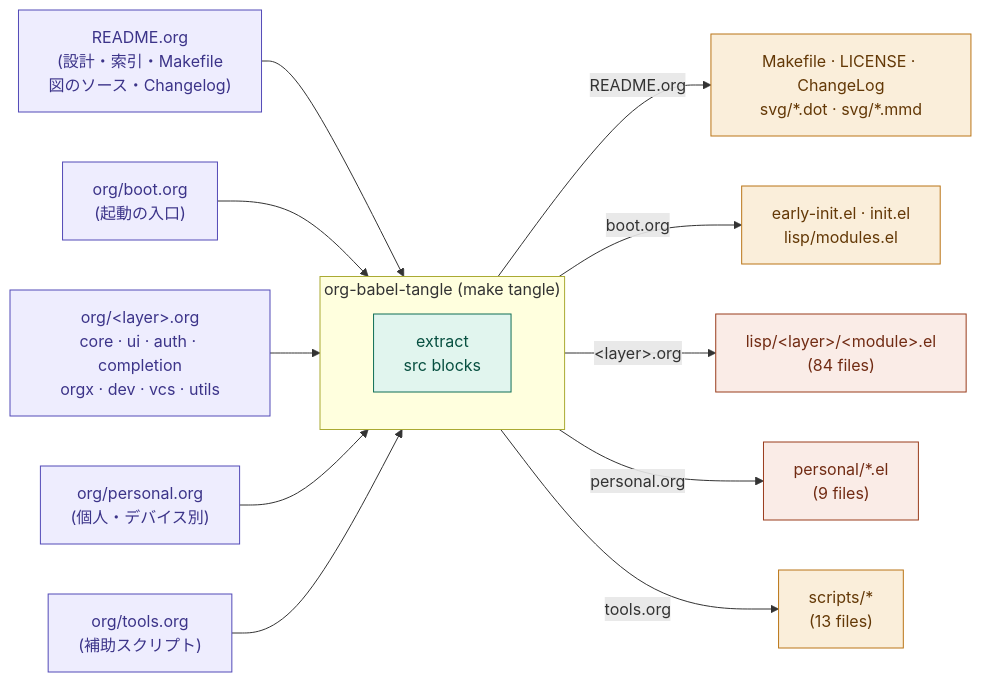
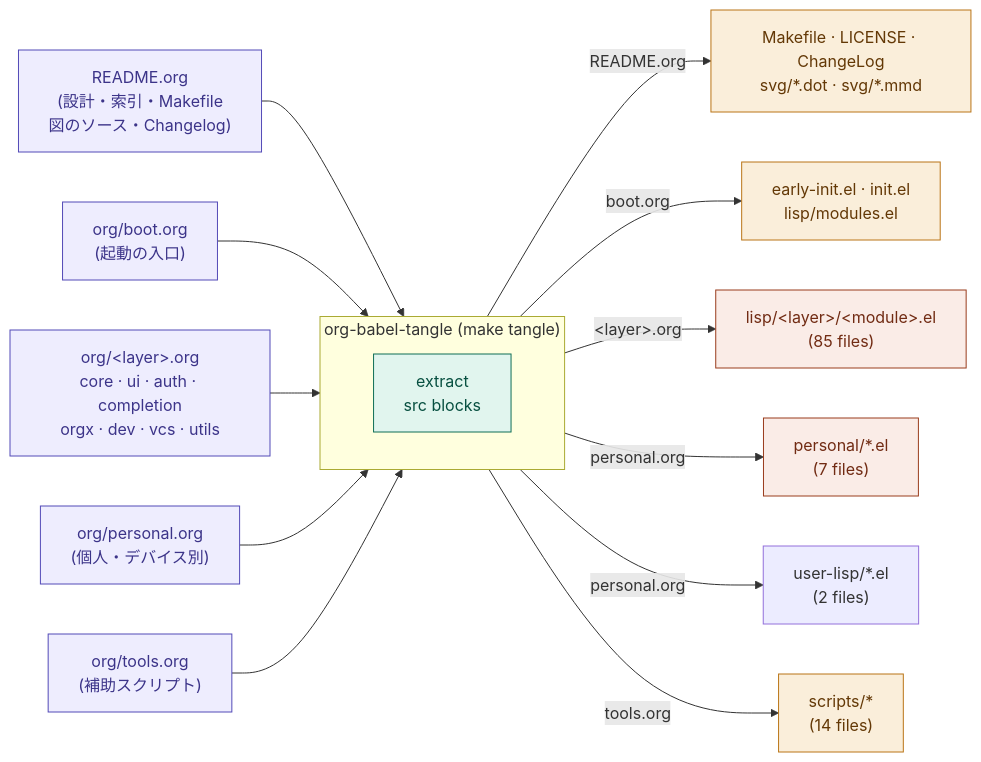
The first of 15 diagrams in README.org (ac1965/.emacs.d), drawn with Mermaid before and after one commit. The commit also changed other lines of this file and 5 other files, not shown here.

First line of the commit message:
docs(README): 散文と図を実コードに合わせる

```diff
--- a/README.org
+++ b/README.org
@@ -1663,40 +1667,42 @@
 #+begin_src mermaid
   flowchart LR
       readme["README.org<br/>(設計・索引・Makefile<br/>図のソース・Changelog)"]
       boot["org/boot.org<br/>(起動の入口)"]
       layers["org/&lt;layer&gt;.org<br/>core · ui · auth · completion<br/>orgx · dev · vcs · utils"]
       pers["org/personal.org<br/>(個人・デバイス別)"]
       tools["org/tools.org<br/>(補助スクリプト)"]
 
       subgraph tangle["org-babel-tangle  (make tangle)"]
           extract["extract<br/>src blocks"]
       end
 
       o1["Makefile · LICENSE · ChangeLog<br/>svg/*.dot · svg/*.mmd"]
       o2["early-init.el · init.el<br/>lisp/modules.el"]
-      o3["lisp/&lt;layer&gt;/&lt;module&gt;.el<br/>(84 files)"]
-      o4["personal/*.el<br/>(9 files)"]
-      o5["scripts/*<br/>(13 files)"]
+      o3["lisp/&lt;layer&gt;/&lt;module&gt;.el<br/>(85 files)"]
+      o4["personal/*.el<br/>(7 files)"]
+      o4b["user-lisp/*.el<br/>(2 files)"]
+      o5["scripts/*<br/>(14 files)"]
 
       readme --> tangle
       boot --> tangle
       layers --> tangle
       pers --> tangle
       tools --> tangle
 
       tangle -->|README.org| o1
       tangle -->|boot.org| o2
       tangle -->|"&lt;layer&gt;.org"| o3
       tangle -->|personal.org| o4
+      tangle -->|personal.org| o4b
       tangle -->|tools.org| o5
 
       classDef src fill:#EEEDFE,stroke:#534AB7,color:#3C3489
       classDef tangle fill:#E1F5EE,stroke:#0F6E56,color:#085041
       classDef config fill:#FAEEDA,stroke:#BA7517,color:#633806
       classDef modules fill:#FAECE7,stroke:#993C1D,color:#712B13
 
       class readme,boot,layers,pers,tools src
       class extract tangle
       class o1,o2,o5 config
       class o3,o4 modules
 #+end_src
```
